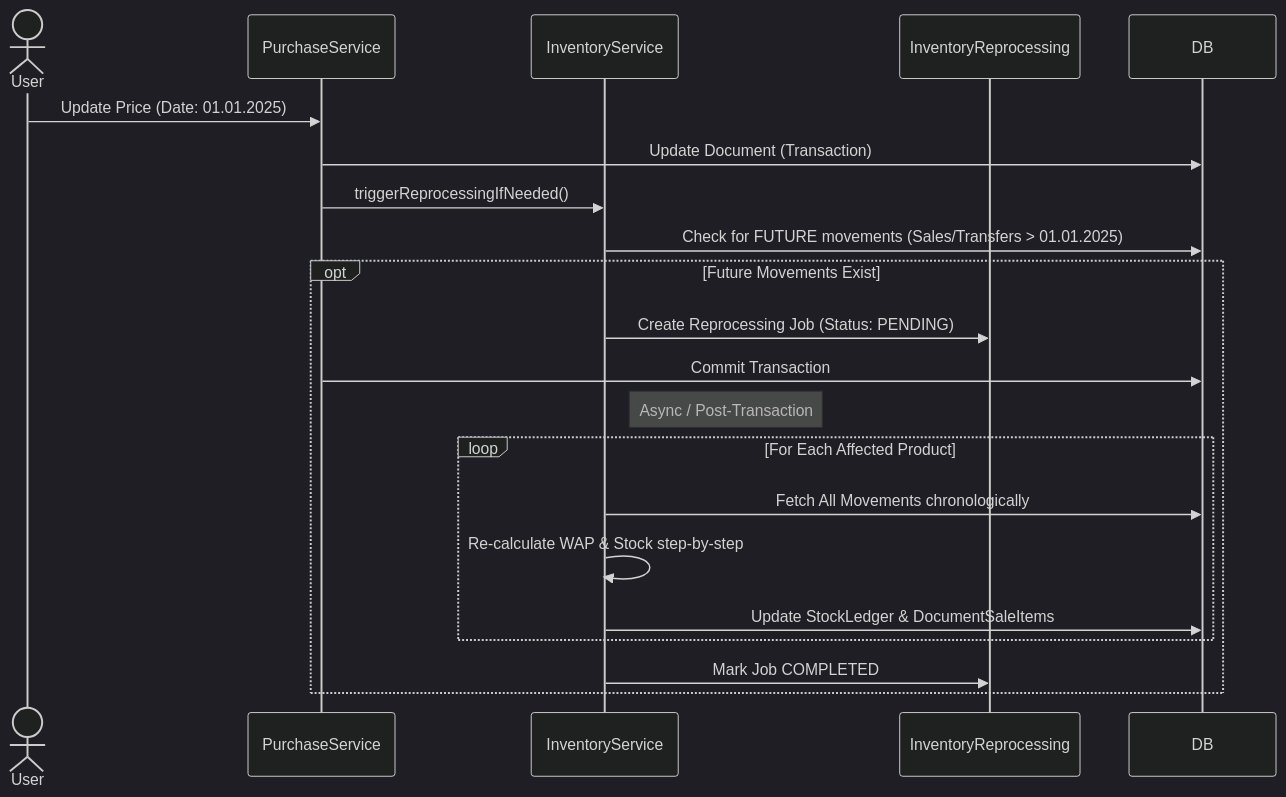
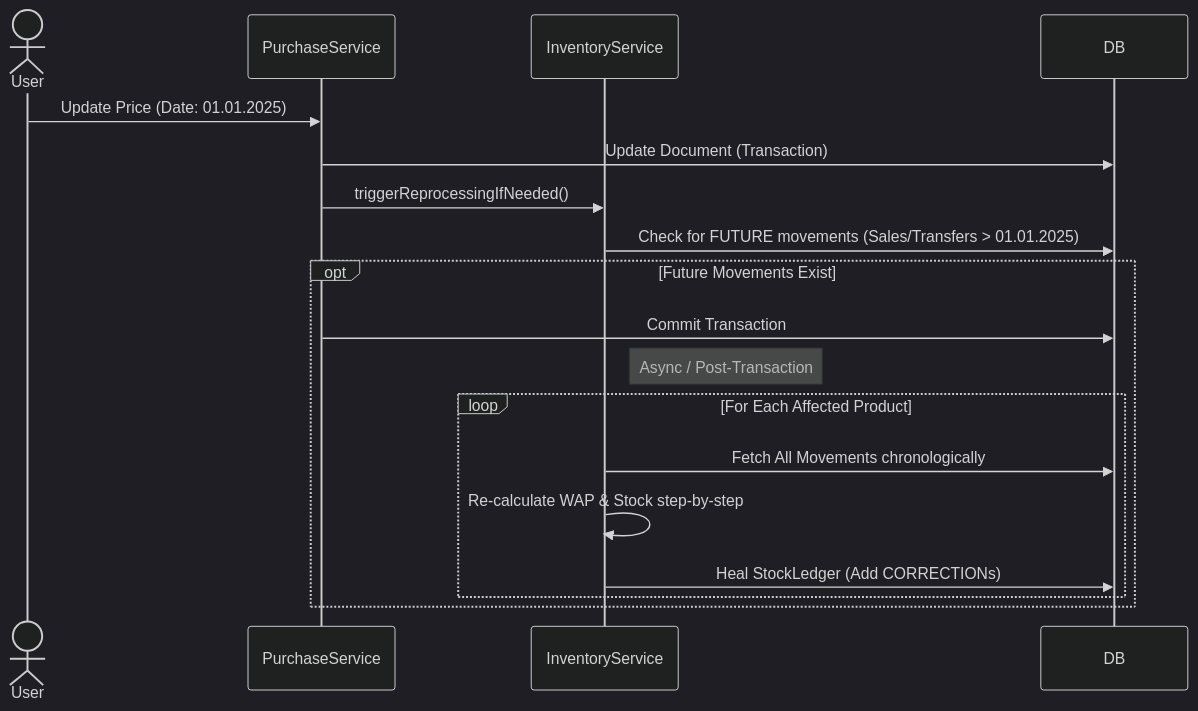
Before and after one commit to joldibaev/trade3-nestjs: the fourth of 6 diagrams in docs/visual-architecture.md, drawn with Mermaid (dark theme). The commit also changed 22 other files, not shown here.

Commit message:
feat: stock ledger is append-only

````diff
--- a/docs/visual-architecture.md
+++ b/docs/visual-architecture.md
@@ -98,30 +98,26 @@
 ```mermaid
 sequenceDiagram
     actor User
     participant Service as PurchaseService
     participant Inv as InventoryService
-    participant Repo as InventoryReprocessing
     participant DB
     
     User->>Service: Update Price (Date: 01.01.2025)
     
     Service->>DB: Update Document (Transaction)
     Service->>Inv: triggerReprocessingIfNeeded()
     
     Inv->>DB: Check for FUTURE movements (Sales/Transfers > 01.01.2025)
     
     opt Future Movements Exist
-        Inv->>Repo: Create Reprocessing Job (Status: PENDING)
         Service->>DB: Commit Transaction
         
         Note right of Inv: Async / Post-Transaction
         
         loop For Each Affected Product
             Inv->>DB: Fetch All Movements chronologically
             Inv->>Inv: Re-calculate WAP & Stock step-by-step
-            Inv->>DB: Update StockLedger & DocumentSaleItems
+            Inv->>DB: Heal StockLedger (Add CORRECTIONs)
         end
-        
-        Inv->>Repo: Mark Job COMPLETED
     end
 ```
````
